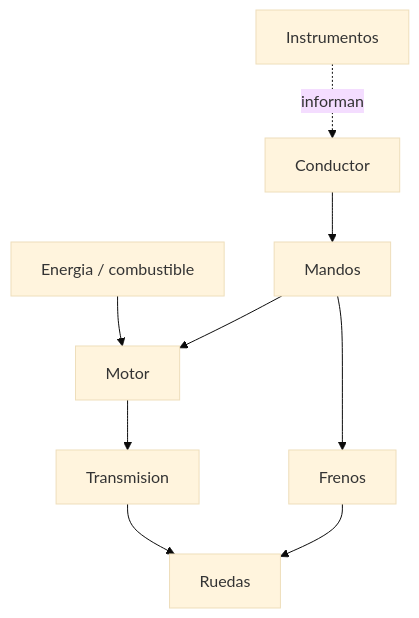
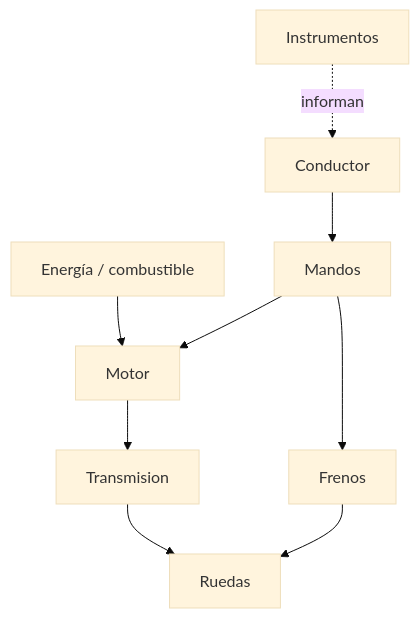
Before and after one commit to vladimiracunadev-create/machine-operator-program: the second of 2 diagrams in docs/08-guia-de-estilo-y-curso.md, drawn with Mermaid (base theme). The commit also changed other lines of this file and 442 other files, not shown here.

````diff
--- a/docs/08-guia-de-estilo-y-curso.md
+++ b/docs/08-guia-de-estilo-y-curso.md
@@ -122,11 +122,11 @@
 ```mermaid
 flowchart TD
-    Energia[Energia / combustible] --> Motor
+    Energia[Energía / combustible] --> Motor
     Motor --> Transmision
     Transmision --> Ruedas
     Mandos --> Motor
     Mandos --> Frenos
     Frenos --> Ruedas
     Instrumentos -. informan .-> Conductor
     Conductor --> Mandos
 ```
````
